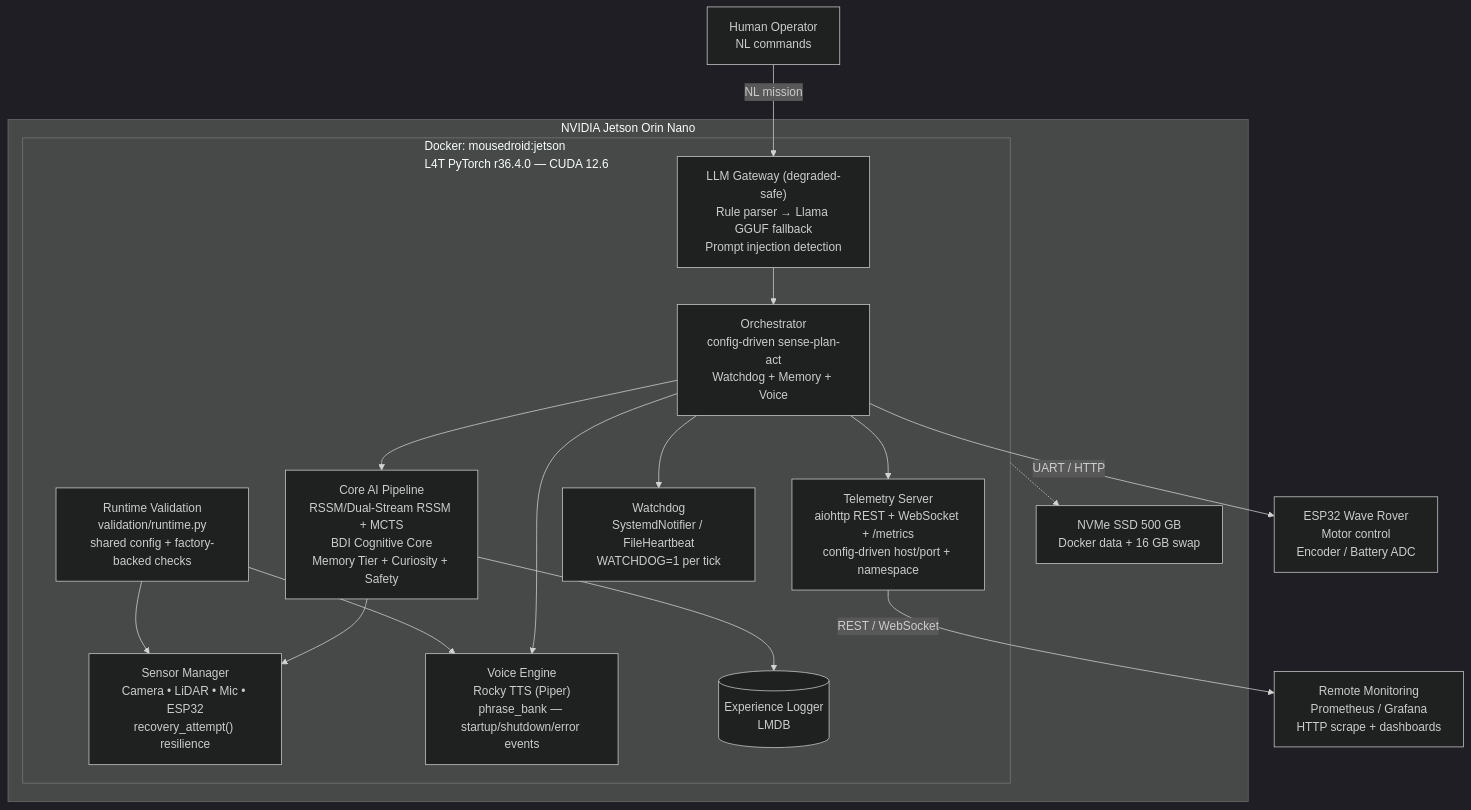
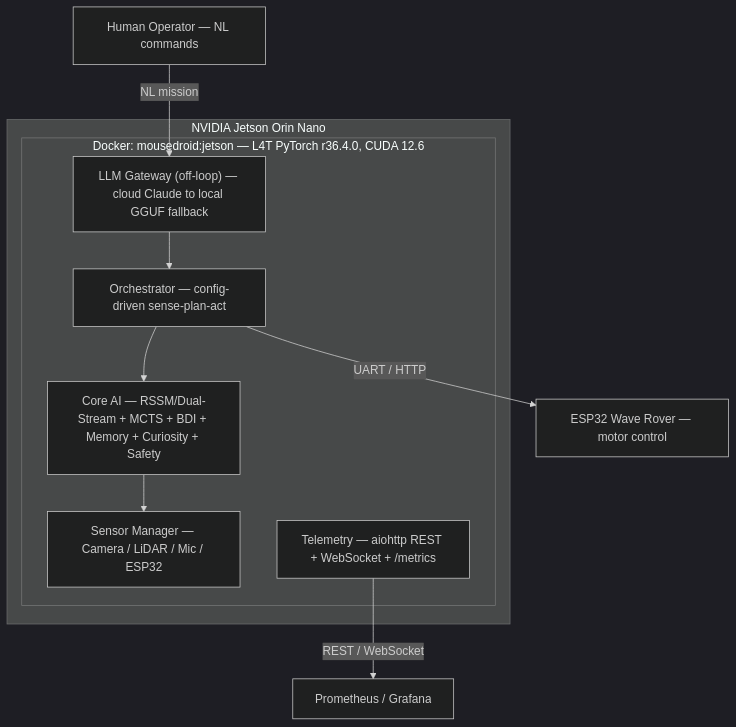
One commit to ianshank/Mouse-Droid-AGI changed the diagram in README.md. Above: the diagram before and after it, drawn with Mermaid (dark theme). The commit also changed other lines of this file, not shown here.

````diff
--- a/README.md
+++ b/README.md
@@ -85,34 +75,19 @@
 ```mermaid
 graph TD
     subgraph Jetson["NVIDIA Jetson Orin Nano"]
-        subgraph Docker["Docker: mousedroid:jetson\nL4T PyTorch r36.4.0 — CUDA 12.6"]
-            Orchestrator["Orchestrator\nconfig-driven sense-plan-act\nWatchdog + Memory + Voice"]
-            CoreAI["Core AI Pipeline\nRSSM/Dual-Stream RSSM + MCTS\nBDI Cognitive Core\nMemory Tier + Curiosity + Safety"]
-            SensorMgr["Sensor Manager\nCamera • LiDAR • Mic • ESP32\nrecovery_attempt() resilience"]
-            VoiceEng["Voice Engine\nRocky TTS (Piper)\nphrase_bank — startup/shutdown/error events"]
-            LLMGw["LLM Gateway (degraded-safe)\nRule parser → Llama GGUF fallback\nPrompt injection detection"]
-            Telemetry["Telemetry Server\naiohttp REST + WebSocket + /metrics\nconfig-driven host/port + namespace"]
-            Validation["Runtime Validation\nvalidation/runtime.py\nshared config + factory-backed checks"]
-            Watchdog["Watchdog\nSystemdNotifier / FileHeartbeat\nWATCHDOG=1 per tick"]
-            ExperienceDB[("Experience Logger\nLMDB")]
+        subgraph Docker["Docker: mousedroid:jetson — L4T PyTorch r36.4.0, CUDA 12.6"]
+            Orchestrator["Orchestrator — config-driven sense-plan-act"]
+            CoreAI["Core AI — RSSM/Dual-Stream + MCTS + BDI + Memory + Curiosity + Safety"]
+            SensorMgr["Sensor Manager — Camera / LiDAR / Mic / ESP32"]
+            LLMGw["LLM Gateway (off-loop) — cloud Claude to local GGUF fallback"]
+            Telemetry["Telemetry — aiohttp REST + WebSocket + /metrics"]
         end
-        SSD["NVMe SSD 500 GB\nDocker data + 16 GB swap"]
     end
-    ESP32["ESP32 Wave Rover\nMotor control\nEncoder / Battery ADC"]
-    Human["Human Operator\nNL commands"]
-    Monitoring["Remote Monitoring\nPrometheus / Grafana\nHTTP scrape + dashboards"]
+    ESP32["ESP32 Wave Rover — motor control"]
+    Human["Human Operator — NL commands"]
+    Monitoring["Prometheus / Grafana"]
 
-    Human -- "NL mission" --> LLMGw
-    LLMGw --> Orchestrator
-    Orchestrator --> CoreAI
-    CoreAI --> SensorMgr
-    CoreAI --> ExperienceDB
+    Human -- "NL mission" --> LLMGw --> Orchestrator --> CoreAI --> SensorMgr
     Orchestrator -- "UART / HTTP" --> ESP32
-    Orchestrator --> Telemetry
-    Orchestrator --> VoiceEng
-    Orchestrator --> Watchdog
-    Validation --> SensorMgr
-    Validation --> VoiceEng
     Telemetry -- "REST / WebSocket" --> Monitoring
-    Docker -.-> SSD
 ```
````
